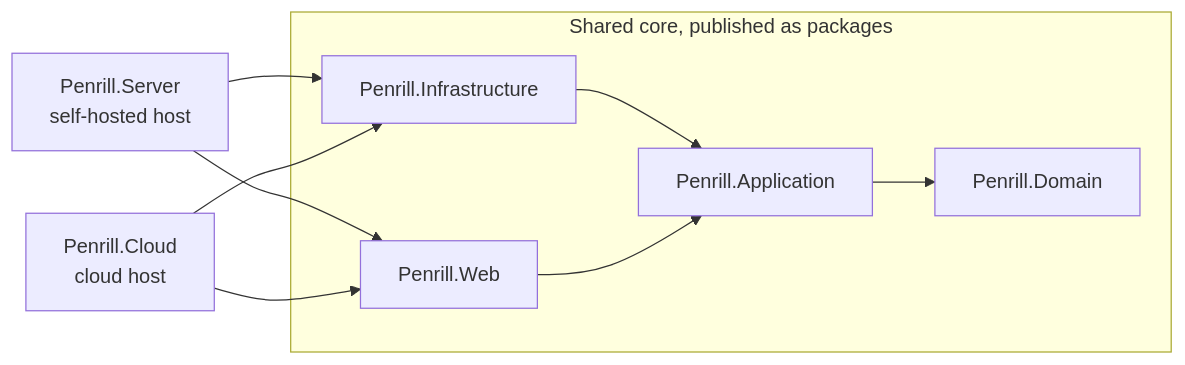
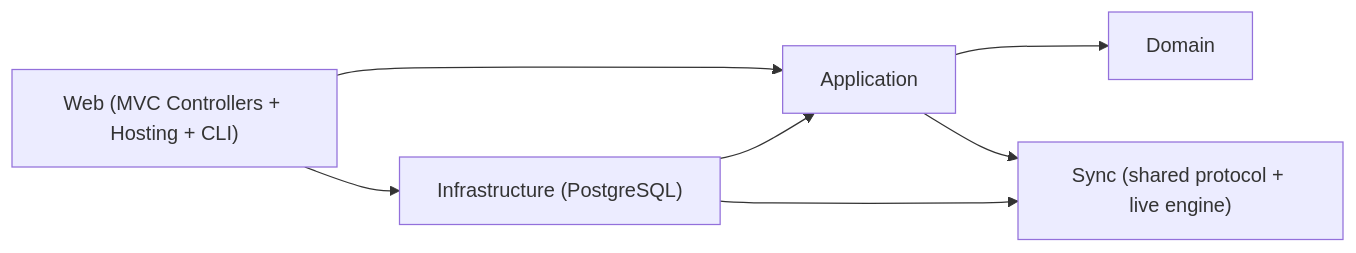
One commit to Penrill/penrill-server changed the diagram in docs/ARCHITECTURE.md. Above: the diagram before and after it, drawn with Mermaid. The commit also changed other lines of this file and 284 other files, not shown here.

Commit message:
Extract Penrill.Sync, switch to PostgreSQL, bare namespaces and MVC Controllers

````diff
--- a/docs/ARCHITECTURE.md
+++ b/docs/ARCHITECTURE.md
@@ -15,16 +15,14 @@
 ```mermaid
 flowchart LR
-    subgraph core[Shared core, published as packages]
-        Domain[Penrill.Domain]
-        Application[Penrill.Application]
-        Infrastructure[Penrill.Infrastructure]
-        Web[Penrill.Web]
-    end
+    Sync["Sync (shared protocol + live engine)"]
+    Domain["Domain"]
+    Application["Application"]
+    Infrastructure["Infrastructure (PostgreSQL)"]
+    Web["Web (MVC Controllers + Hosting + CLI)"]
     Application --> Domain
+    Application --> Sync
     Infrastructure --> Application
+    Infrastructure --> Sync
     Web --> Application
-    Server[Penrill.Server<br/>self-hosted host] --> Web
-    Server --> Infrastructure
-    Cloud[Penrill.Cloud<br/>cloud host] --> Web
-    Cloud --> Infrastructure
+    Web --> Infrastructure
 ```
````
